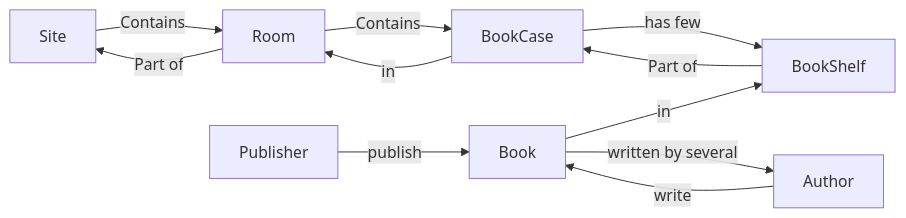
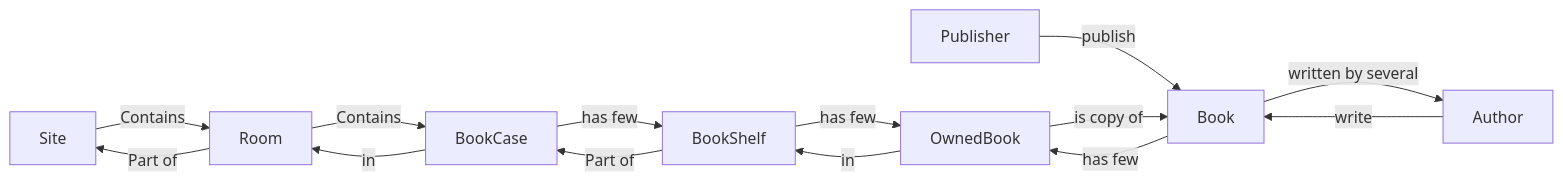
The diagram in README.md (mkaraki/BookShelf), drawn with Mermaid before and after one commit. The commit also changed other lines of this file and 181 other files, not shown here.

````diff
--- a/README.md
+++ b/README.md
@@ -7,16 +7,20 @@
 ```mermaid
 graph LR
     Site -- Contains --> Room
     Room -- Part of --> Site
     Room -- Contains --> BookCase
     BookCase -- in --> Room
     BookCase -- has few --> BookShelf
     BookShelf -- Part of --> BookCase
 
-    Book -- in --> BookShelf
-
     Author -- write --> Book
     Book -- written by several --> Author
 
     Publisher -- publish --> Book
+
+    Book -- has few --> OwnedBook
+    OwnedBook -- is copy of --> Book
+
+    OwnedBook -- in --> BookShelf
+    BookShelf -- has few --> OwnedBook
 ```
````
